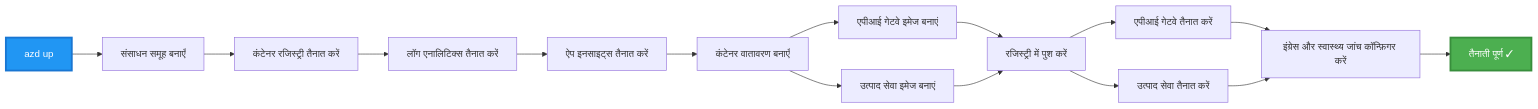
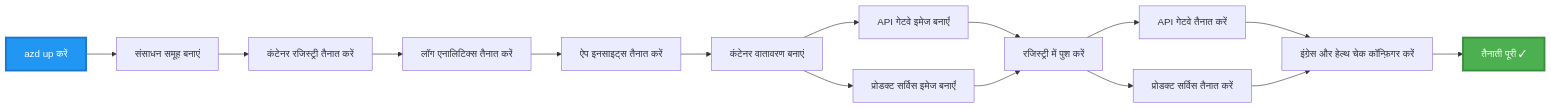
Before and after one commit to microsoft/AZD-for-beginners: the third of 4 diagrams in translations/hi/examples/microservices/README.md, drawn with Mermaid. The commit also changed other lines of this file and 242 other files, not shown here.

````diff
--- a/translations/hi/examples/microservices/README.md
+++ b/translations/hi/examples/microservices/README.md
@@ -242,20 +233,20 @@
 ```mermaid
 graph LR
-    A[azd up] --> B[संसाधन समूह बनाएँ]
+    A[azd up करें] --> B[संसाधन समूह बनाएं]
     B --> C[कंटेनर रजिस्ट्री तैनात करें]
     C --> D[लॉग एनालिटिक्स तैनात करें]
     D --> E[ऐप इनसाइट्स तैनात करें]
-    E --> F[कंटेनर वातावरण बनाएँ]
-    F --> G[एपीआई गेटवे इमेज बनाएं]
-    F --> H[उत्पाद सेवा इमेज बनाएं]
+    E --> F[कंटेनर वातावरण बनाएं]
+    F --> G[API गेटवे इमेज बनाएँ]
+    F --> H[प्रोडक्ट सर्विस इमेज बनाएँ]
     G --> I[रजिस्ट्री में पुश करें]
     H --> I
-    I --> J[एपीआई गेटवे तैनात करें]
-    I --> K[उत्पाद सेवा तैनात करें]
-    J --> L[इंग्रेस और स्वास्थ्य जांच कॉन्फ़िगर करें]
+    I --> J[API गेटवे तैनात करें]
+    I --> K[प्रोडक्ट सर्विस तैनात करें]
+    J --> L[इंग्रेस और हेल्थ चेक कॉन्फ़िगर करें]
     K --> L
-    L --> M[तैनाती पूर्ण ✓]
+    L --> M[तैनाती पूरी ✓]
     
     style A fill:#2196F3,stroke:#1976D2,stroke-width:3px,color:#fff
     style M fill:#4CAF50,stroke:#388E3C,stroke-width:3px,color:#fff
 ```
````
